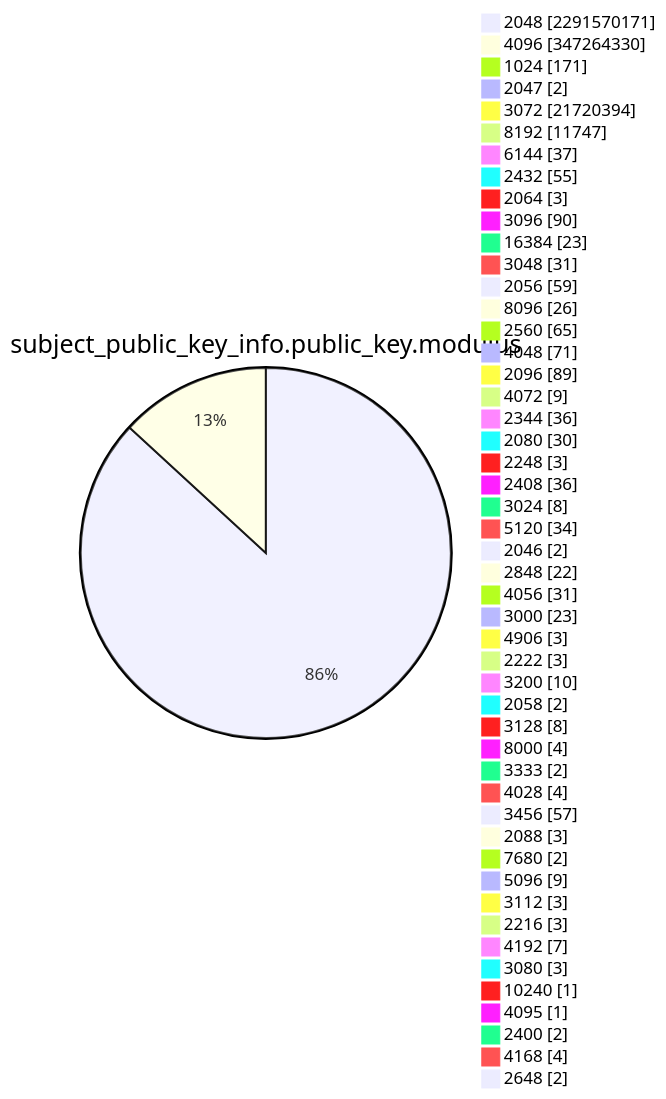
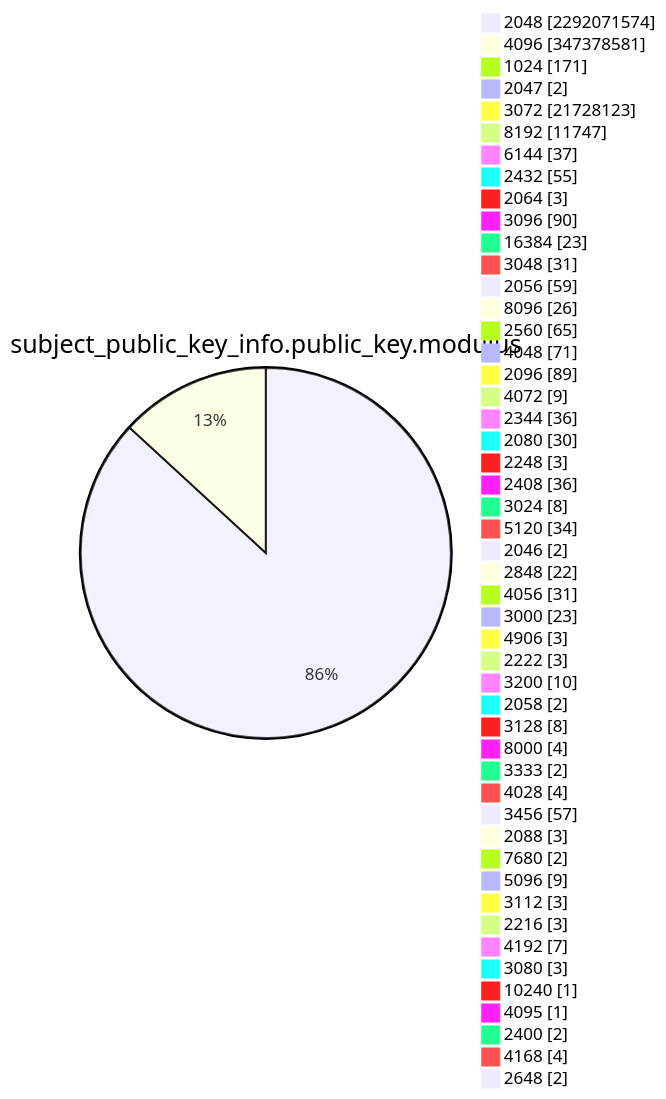
Before and after one commit to christiankrug/ctmonitor_visualization: diagram 13 of 15 in TOTAL/README.md, drawn with Mermaid. The commit also changed other lines of this file, not shown here.

````diff
--- a/TOTAL/README.md
+++ b/TOTAL/README.md
@@ -4165,53 +4165,53 @@
 ```mermaid
 pie showData
 title subject_public_key_info.public_key.modulus
-"2048" :2291570171
-"4096" :347264330
+"2048" :2292071574
+"4096" :347378581
 "1024" :171
 "2047" :2
-"3072" :21720394
+"3072" :21728123
 "8192" :11747
 "6144" :37
 "2432" :55
 "2064" :3
 "3096" :90
 "16384" :23
 "3048" :31
 "2056" :59
 "8096" :26
 "2560" :65
 "4048" :71
 "2096" :89
 "4072" :9
 "2344" :36
 "2080" :30
 "2248" :3
 "2408" :36
 "3024" :8
 "5120" :34
 "2046" :2
 "2848" :22
 "4056" :31
 "3000" :23
 "4906" :3
 "2222" :3
 "3200" :10
 "2058" :2
 "3128" :8
 "8000" :4
 "3333" :2
 "4028" :4
 "3456" :57
 "2088" :3
 "7680" :2
 "5096" :9
 "3112" :3
 "2216" :3
 "4192" :7
 "3080" :3
 "10240" :1
 "4095" :1
 "2400" :2
 "4168" :4
 "2648" :2
 ```
````
